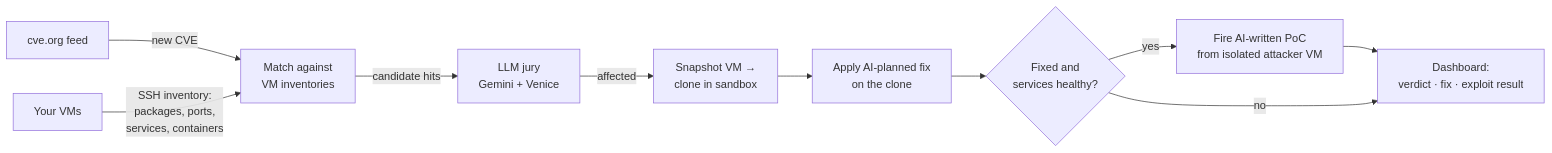
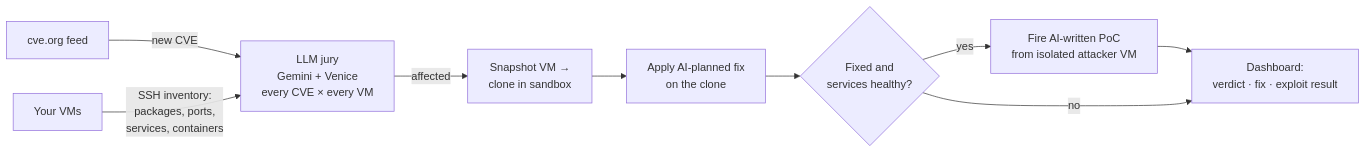
The diagram in README.md (aimiliospot/eleven0zero), drawn with Mermaid before and after one commit. The commit also changed other lines of this file, not shown here.

Commit message:
README: every CVE is judged by the LLMs against every VM

````diff
--- a/README.md
+++ b/README.md
@@ -32,12 +32,11 @@
 ```mermaid
 flowchart LR
-    A[cve.org feed] -->|new CVE| B[Match against<br/>VM inventories]
-    V[Your VMs] -->|SSH inventory:<br/>packages, ports,<br/>services, containers| B
-    B -->|candidate hits| C[LLM jury<br/>Gemini + Venice]
+    A[cve.org feed] -->|new CVE| C[LLM jury<br/>Gemini + Venice<br/>every CVE × every VM]
+    V[Your VMs] -->|SSH inventory:<br/>packages, ports,<br/>services, containers| C
     C -->|affected| D[Snapshot VM →<br/>clone in sandbox]
     D --> E[Apply AI-planned fix<br/>on the clone]
     E --> F{Fixed and<br/>services healthy?}
     F -->|yes| G[Fire AI-written PoC<br/>from isolated attacker VM]
     G --> H[Dashboard:<br/>verdict · fix · exploit result]
     F -->|no| H
 ```
````
